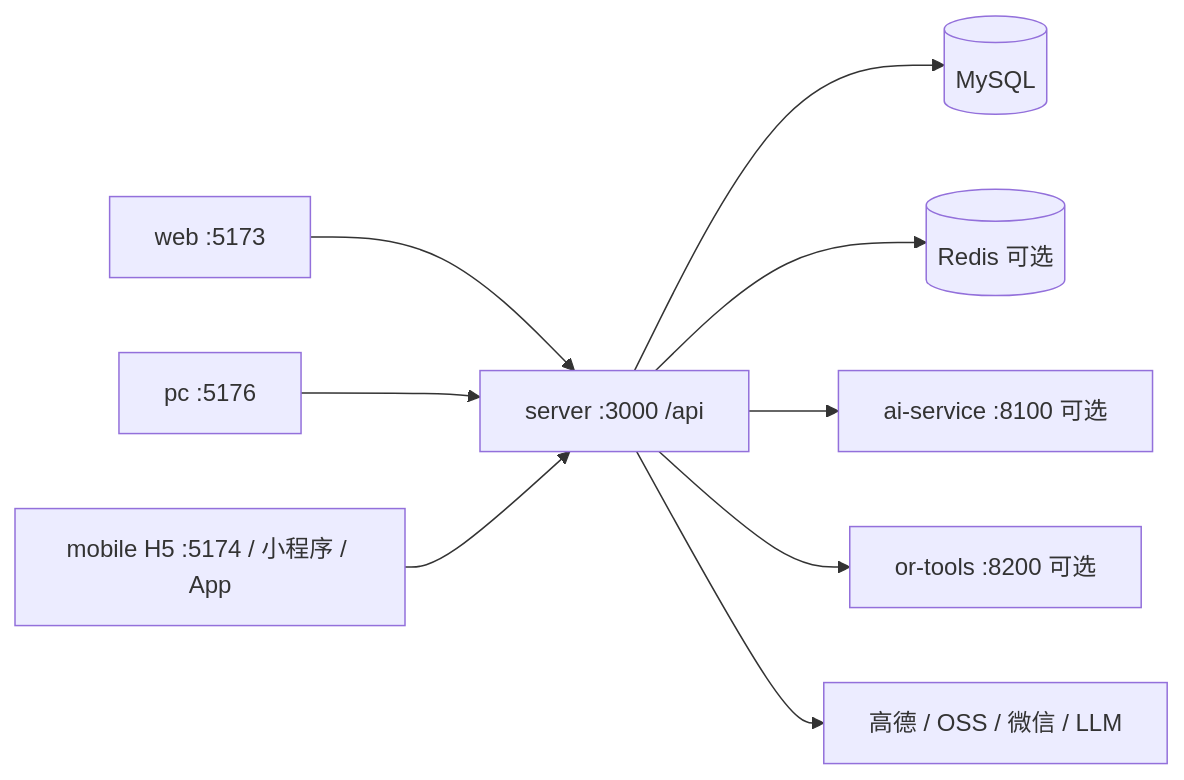
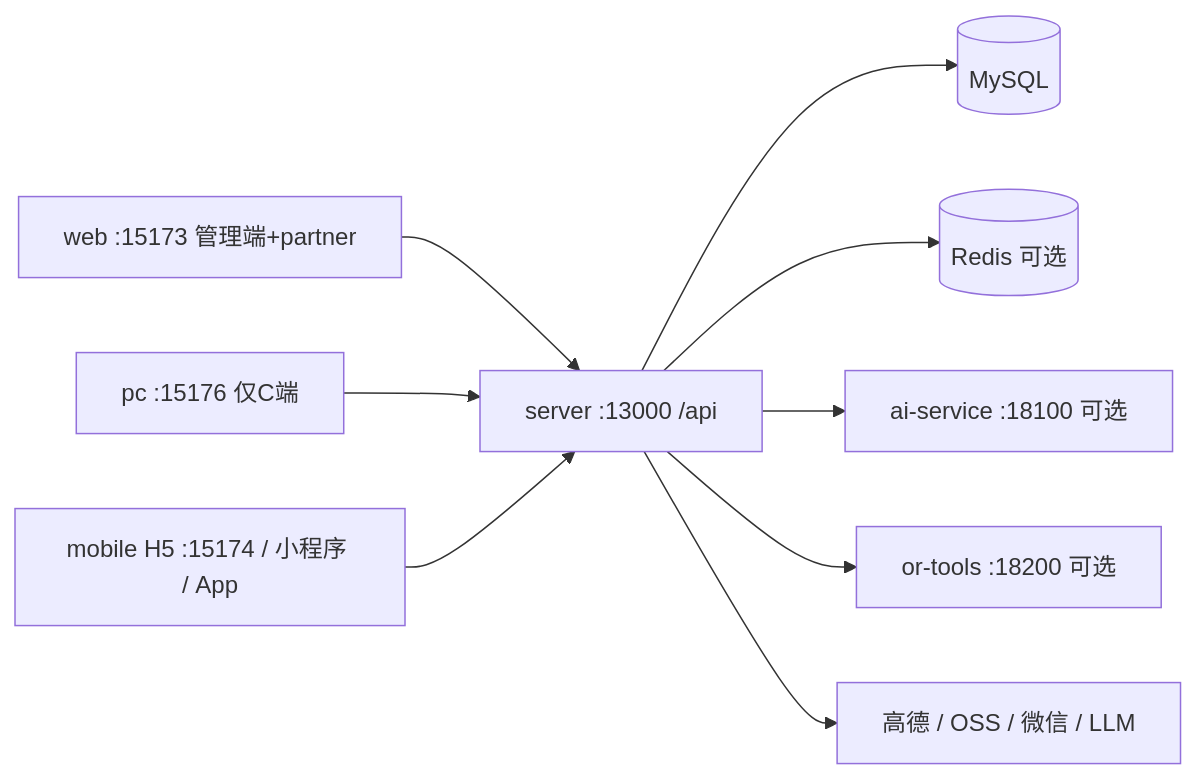
The diagram in docs/项目分析总结.md (yxtao-lab/douxing), drawn with Mermaid before and after one commit. The commit also changed other lines of this file, not shown here.

````diff
--- a/docs/项目分析总结.md
+++ b/docs/项目分析总结.md
@@ -114,11 +128,11 @@
 ```mermaid
 flowchart LR
-  Web["web :5173"] --> API["server :3000 /api"]
-  PC["pc :5176"] --> API
-  Mobile["mobile H5 :5174 / 小程序 / App"] --> API
+  Web["web :15173 管理端+partner"] --> API["server :13000 /api"]
+  PC["pc :15176 仅C端"] --> API
+  Mobile["mobile H5 :15174 / 小程序 / App"] --> API
   API --> MySQL[(MySQL)]
   API --> Redis[(Redis 可选)]
-  API --> AI["ai-service :8100 可选"]
-  API --> Solver["or-tools :8200 可选"]
+  API --> AI["ai-service :18100 可选"]
+  API --> Solver["or-tools :18200 可选"]
   API --> Ext["高德 / OSS / 微信 / LLM"]
 ```
````
